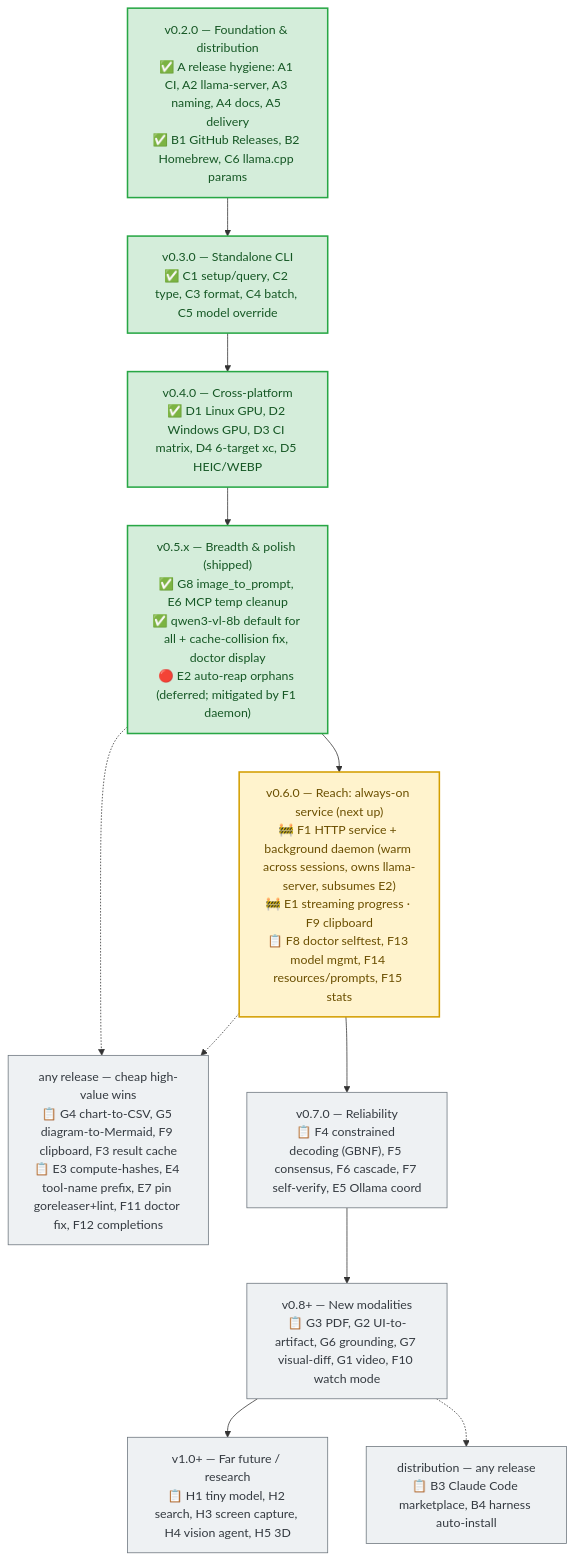
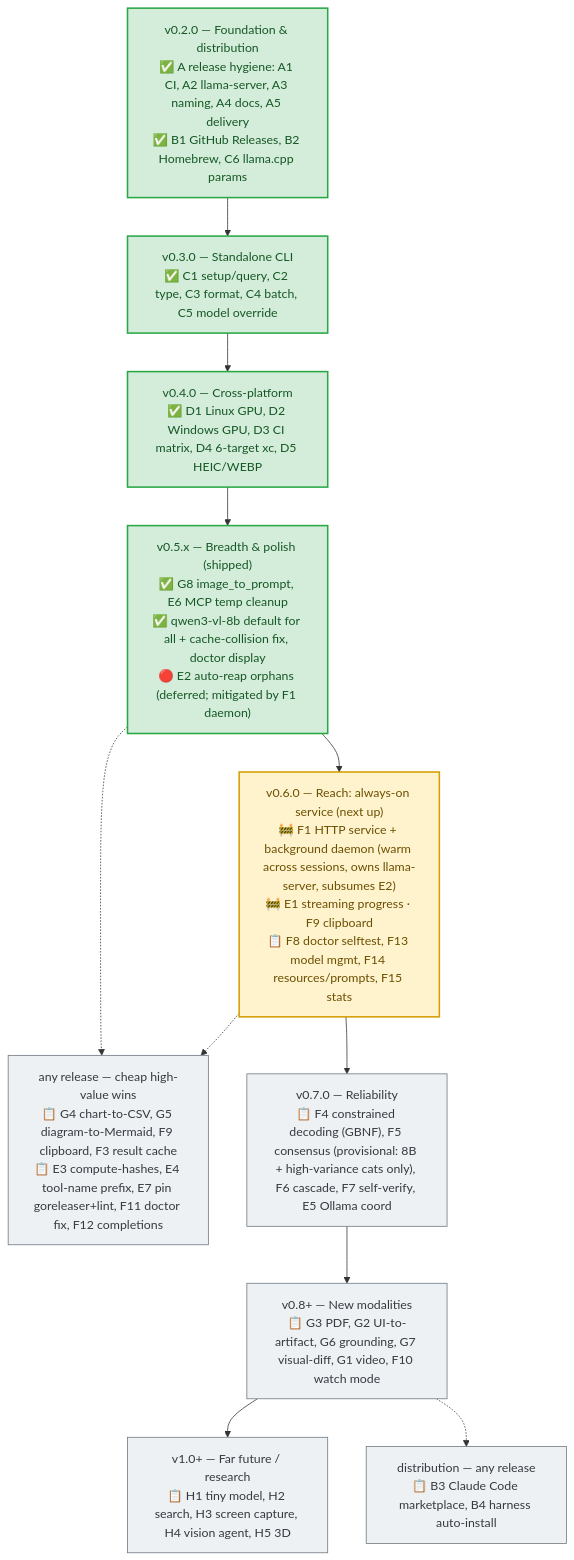
Before and after one commit to froggeric/llm: the diagram in mcp/localvision/ROADMAP.md, drawn with Mermaid. The commit also changed other lines of this file, not shown here.

First line of the commit message:
docs(localvision): scope F5 (multi-sample consensus) as provisional/conditional

````diff
--- a/mcp/localvision/ROADMAP.md
+++ b/mcp/localvision/ROADMAP.md
@@ -99,22 +99,22 @@
 ```mermaid
 flowchart TD
     classDef done fill:#d4edda,stroke:#28a745,color:#155724,stroke-width:2px
     classDef next fill:#fff3cd,stroke:#d39e00,color:#6b4f00,stroke-width:2px
     classDef planned fill:#eef1f3,stroke:#6c757d,color:#343a40
 
     V2["v0.2.0 — Foundation &amp; distribution<br/>✅ A release hygiene: A1 CI, A2 llama-server, A3 naming, A4 docs, A5 delivery<br/>✅ B1 GitHub Releases, B2 Homebrew, C6 llama.cpp params"]:::done
     V3["v0.3.0 — Standalone CLI<br/>✅ C1 setup/query, C2 type, C3 format, C4 batch, C5 model override"]:::done
     V4["v0.4.0 — Cross-platform<br/>✅ D1 Linux GPU, D2 Windows GPU, D3 CI matrix, D4 6-target xc, D5 HEIC/WEBP"]:::done
     V5["v0.5.x — Breadth &amp; polish (shipped)<br/>✅ G8 image_to_prompt, E6 MCP temp cleanup<br/>✅ qwen3-vl-8b default for all + cache-collision fix, doctor display<br/>🔴 E2 auto-reap orphans (deferred; mitigated by F1 daemon)"]:::done
     V6["v0.6.0 — Reach: always-on service (next up)<br/>🚧 F1 HTTP service + background daemon (warm across sessions, owns llama-server, subsumes E2)<br/>🚧 E1 streaming progress · F9 clipboard<br/>📋 F8 doctor selftest, F13 model mgmt, F14 resources/prompts, F15 stats"]:::next
     ANY["any release — cheap high-value wins<br/>📋 G4 chart-to-CSV, G5 diagram-to-Mermaid, F9 clipboard, F3 result cache<br/>📋 E3 compute-hashes, E4 tool-name prefix, E7 pin goreleaser+lint, F11 doctor fix, F12 completions"]:::planned
-    V7["v0.7.0 — Reliability<br/>📋 F4 constrained decoding (GBNF), F5 consensus, F6 cascade, F7 self-verify, E5 Ollama coord"]:::planned
+    V7["v0.7.0 — Reliability<br/>📋 F4 constrained decoding (GBNF), F5 consensus (provisional: 8B + high-variance cats only), F6 cascade, F7 self-verify, E5 Ollama coord"]:::planned
     V8["v0.8+ — New modalities<br/>📋 G3 PDF, G2 UI-to-artifact, G6 grounding, G7 visual-diff, G1 video, F10 watch mode"]:::planned
     DIST["distribution — any release<br/>📋 B3 Claude Code marketplace, B4 harness auto-install"]:::planned
     V1["v1.0+ — Far future / research<br/>📋 H1 tiny model, H2 search, H3 screen capture, H4 vision agent, H5 3D"]:::planned
 
     V2 --> V3 --> V4 --> V5 --> V6 --> V7 --> V8 --> V1
     V5 -.-> ANY
     V6 -.-> ANY
     V8 -.-> DIST
 ```
````
